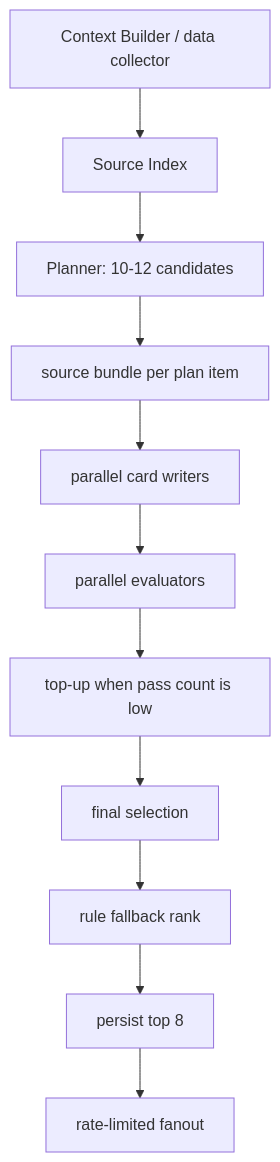
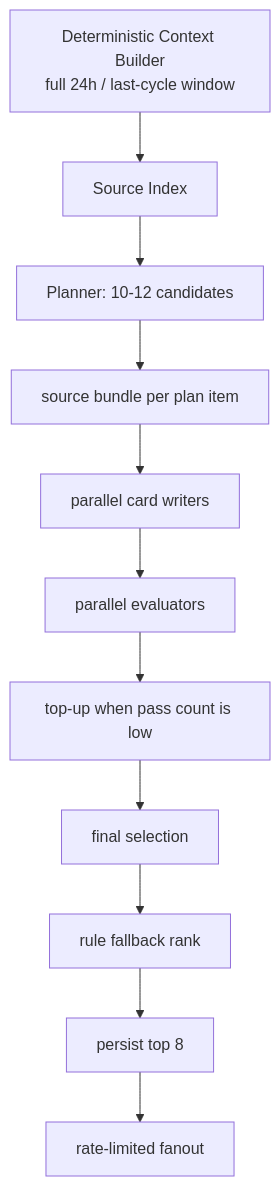
The diagram in docs/plans/2026-06-04-eight-card-generation-runtime.mdx (Edge-AI-HQ/proactive-assistant), drawn with Mermaid before and after one commit. The commit also changed other lines of this file and 14 other files, not shown here.

Commit message:
feat(generator): collect context deterministically

````diff
--- a/docs/plans/2026-06-04-eight-card-generation-runtime.mdx
+++ b/docs/plans/2026-06-04-eight-card-generation-runtime.mdx
@@ -45,13 +46,13 @@
 ```mermaid
 flowchart TD
-  Collect["Context Builder / data collector"] --> Index["Source Index"]
+  Collect["Deterministic Context Builder<br/>full 24h / last-cycle window"] --> Index["Source Index"]
   Index --> Plan["Planner: 10-12 candidates"]
   Plan --> Bundle["source bundle per plan item"]
   Bundle --> Writers["parallel card writers"]
   Writers --> Evals["parallel evaluators"]
   Evals --> Topup["top-up when pass count is low"]
   Topup --> Select["final selection"]
   Select --> Rank["rule fallback rank"]
   Rank --> Persist["persist top 8"]
   Persist --> Fanout["rate-limited fanout"]
 ```
````
